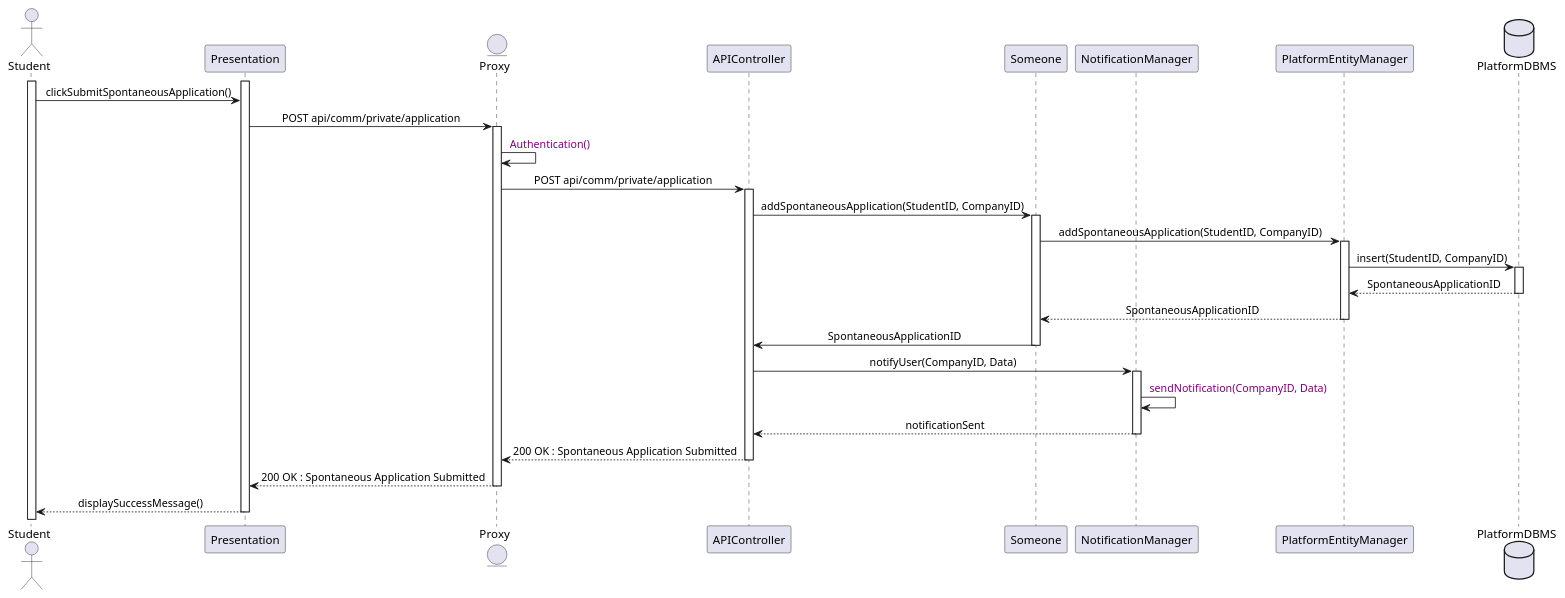
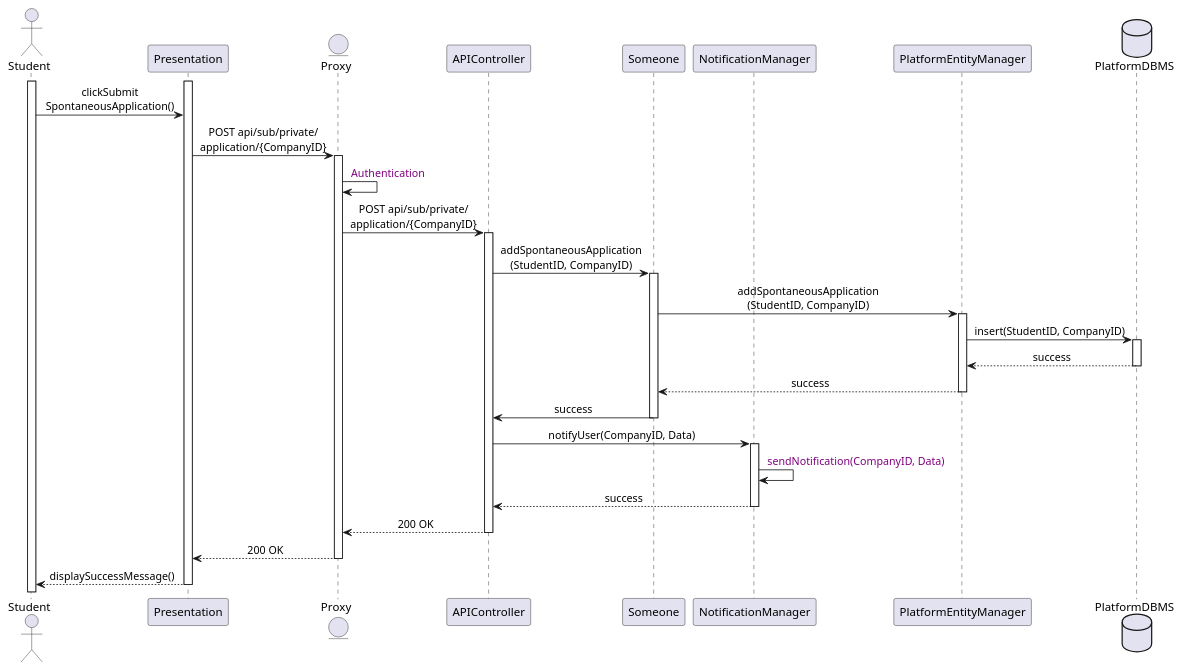
One commit to Slaitroc/RicciPaoliGrisoni changed the diagram in Diagrams/SequenceDiagrams/DD/7StudentSendsSpontaneousApplication.wsd. Above: the diagram before and after it, drawn with PlantUML.

Commit message:
Refactor 7StudentSendsSpontaneousApplication.wsd SequenceDiagram

```diff
--- a/Diagrams/SequenceDiagrams/DD/7StudentSendsSpontaneousApplication.wsd
+++ b/Diagrams/SequenceDiagrams/DD/7StudentSendsSpontaneousApplication.wsd
@@ -1,33 +1,33 @@
 @startuml Spontaneous Application Submission
 skinparam sequenceMessageAlign center
 
 actor       Student
 participant  Presentation
 entity      Proxy
 participant APIController
 participant Someone
 participant NotificationManager
 participant PlatformEntityManager
 database    PlatformDBMS
 
 activate Student
 activate Presentation
-Student -> Presentation : clickSubmitSpontaneousApplication()
+Student -> Presentation : clickSubmit\nSpontaneousApplication()
 
-Presentation -> Proxy ++ : POST api/comm/private/application
-Proxy -> Proxy  : <color:purple> Authentication()
-Proxy -> APIController ++ : POST api/comm/private/application
-APIController -> Someone ++ : addSpontaneousApplication(StudentID, CompanyID)
-Someone -> PlatformEntityManager ++ : addSpontaneousApplication(StudentID, CompanyID) 
+Presentation -> Proxy ++ : POST api/sub/private/\napplication/{CompanyID}
+Proxy -> Proxy  : <color:purple> Authentication
+Proxy -> APIController ++ : POST api/sub/private/\napplication/{CompanyID}
+APIController -> Someone ++ : addSpontaneousApplication\n(StudentID, CompanyID)
+Someone -> PlatformEntityManager ++ : addSpontaneousApplication\n(StudentID, CompanyID) 
 PlatformEntityManager -> PlatformDBMS ++ : insert(StudentID, CompanyID)
-PlatformDBMS --> PlatformEntityManager -- : SpontaneousApplicationID
-PlatformEntityManager --> Someone -- : SpontaneousApplicationID
-Someone -> APIController -- : SpontaneousApplicationID
+PlatformDBMS --> PlatformEntityManager -- : success
+PlatformEntityManager --> Someone -- : success
+Someone -> APIController -- : success
 APIController -> NotificationManager ++ : notifyUser(CompanyID, Data)
 NotificationManager -> NotificationManager : <color:purple> sendNotification(CompanyID, Data)
-NotificationManager --> APIController -- : notificationSent
-APIController --> Proxy -- : 200 OK : Spontaneous Application Submitted
-Proxy --> Presentation -- : 200 OK : Spontaneous Application Submitted
+NotificationManager --> APIController -- : success
+APIController --> Proxy -- : 200 OK 
+Proxy --> Presentation -- : 200 OK 
 Presentation --> Student -- : displaySuccessMessage()
 
 @enduml
```
